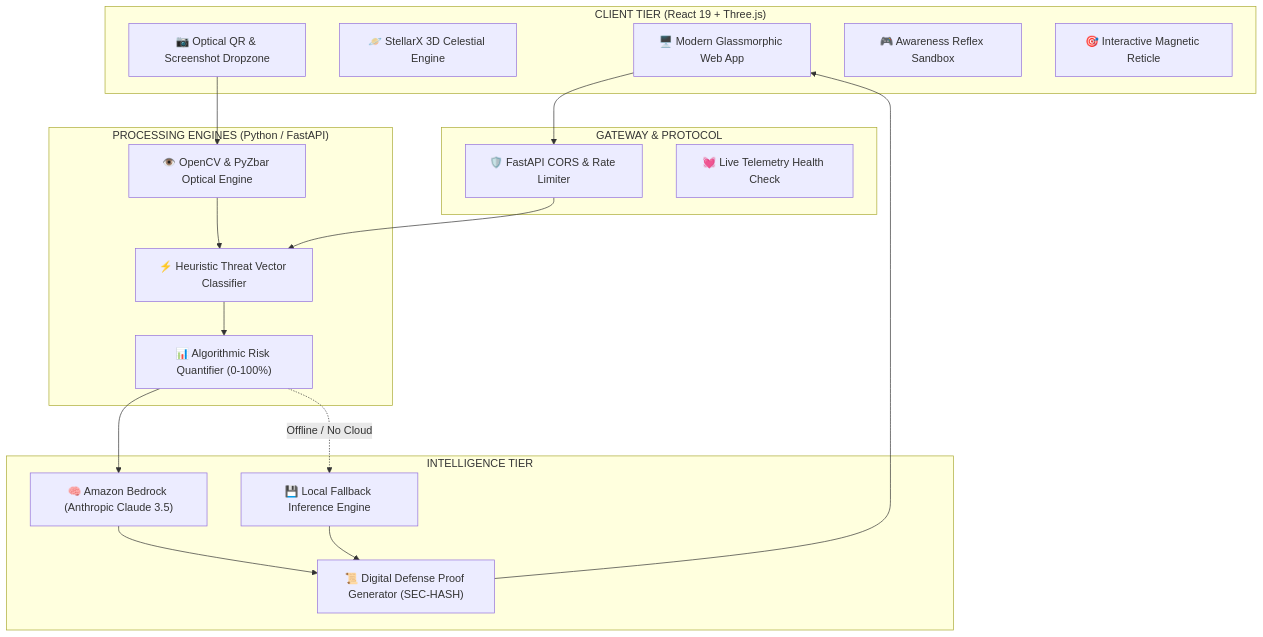
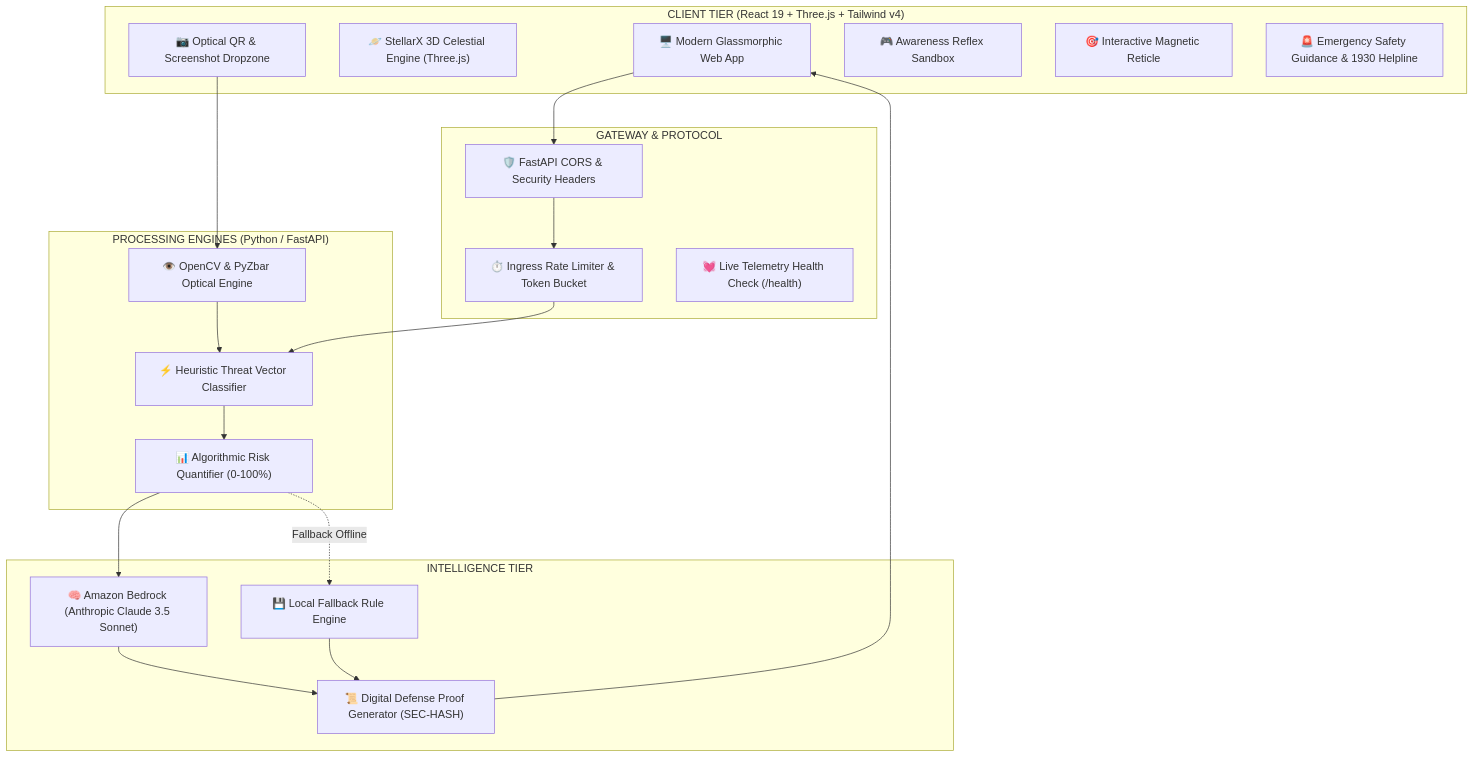
Before and after one commit to exepngsam/Stark-Ai: the first of 2 diagrams in README.md, drawn with Mermaid. The commit also changed other lines of this file and 2 other files, not shown here.

Commit message:
docs: rewrite README with animated demo workflow, detailed data architecture, and SVG diagrams

````diff
--- a/README.md
+++ b/README.md
@@ -55,38 +122,41 @@
 ```mermaid
 graph TB
-    subgraph "CLIENT TIER (React 19 + Three.js)"
+    subgraph "CLIENT TIER (React 19 + Three.js + Tailwind v4)"
         UI["🖥️ Modern Glassmorphic Web App"]
-        WebGL["🪐 StellarX 3D Celestial Engine"]
+        WebGL["🪐 StellarX 3D Celestial Engine (Three.js)"]
         OpticalUI["📷 Optical QR & Screenshot Dropzone"]
         SimUI["🎮 Awareness Reflex Sandbox"]
         Reticle["🎯 Interactive Magnetic Reticle"]
+        GuideUI["🚨 Emergency Safety Guidance & 1930 Helpline"]
     end
 
     subgraph "GATEWAY & PROTOCOL"
-        CORS["🛡️ FastAPI CORS & Rate Limiter"]
-        Health["💓 Live Telemetry Health Check"]
+        CORS["🛡️ FastAPI CORS & Security Headers"]
+        RateLimit["⏱️ Ingress Rate Limiter & Token Bucket"]
+        Health["💓 Live Telemetry Health Check (/health)"]
     end
 
     subgraph "PROCESSING ENGINES (Python / FastAPI)"
         CV["👁️ OpenCV & PyZbar Optical Engine"]
         Regex["⚡ Heuristic Threat Vector Classifier"]
         Scorer["📊 Algorithmic Risk Quantifier (0-100%)"]
     end
 
     subgraph "INTELLIGENCE TIER"
-        Bedrock["🧠 Amazon Bedrock (Anthropic Claude 3.5)"]
-        LocalModel["💾 Local Fallback Inference Engine"]
+        Bedrock["🧠 Amazon Bedrock (Anthropic Claude 3.5 Sonnet)"]
+        LocalModel["💾 Local Fallback Rule Engine"]
         Cert["📜 Digital Defense Proof Generator (SEC-HASH)"]
     end
 
     UI --> CORS
     OpticalUI --> CV
     CV --> Regex
-    CORS --> Regex
+    CORS --> RateLimit
+    RateLimit --> Regex
     Regex --> Scorer
     Scorer --> Bedrock
-    Scorer -.->|Offline / No Cloud| LocalModel
+    Scorer -.->|Fallback Offline| LocalModel
     Bedrock --> Cert
     LocalModel --> Cert
     Cert --> UI
 ```
````
